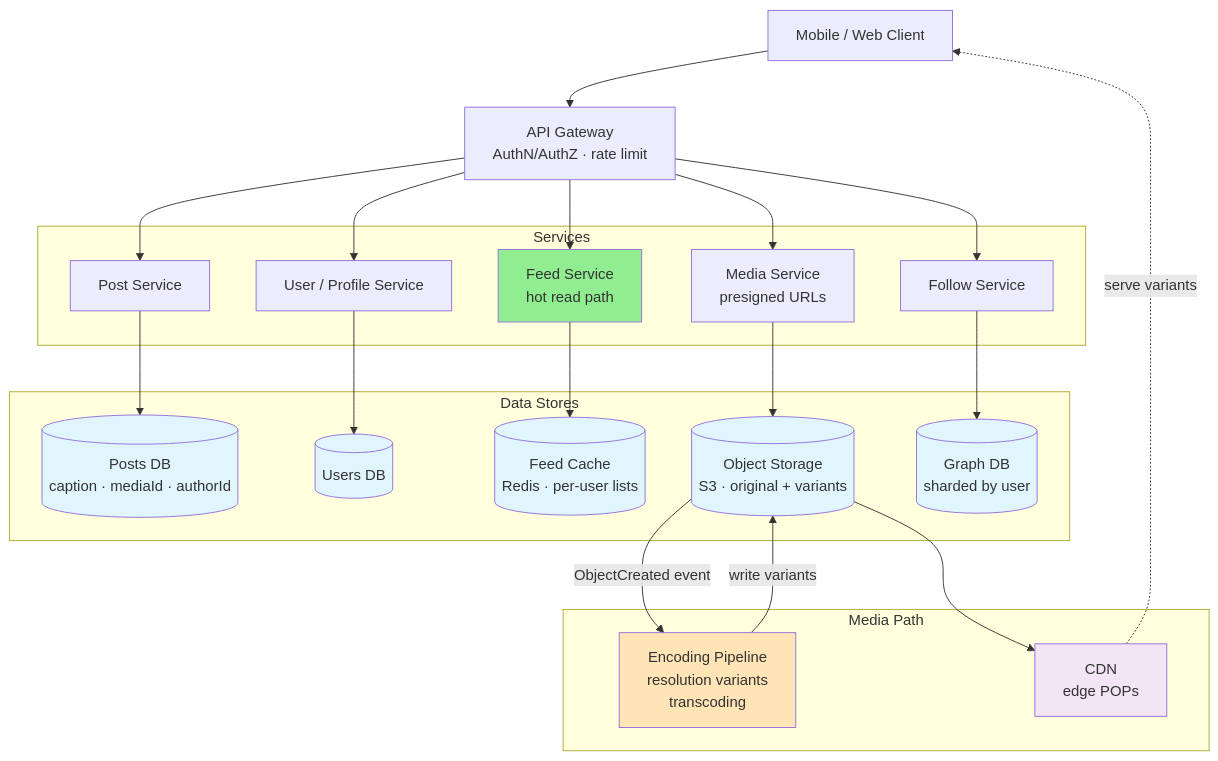
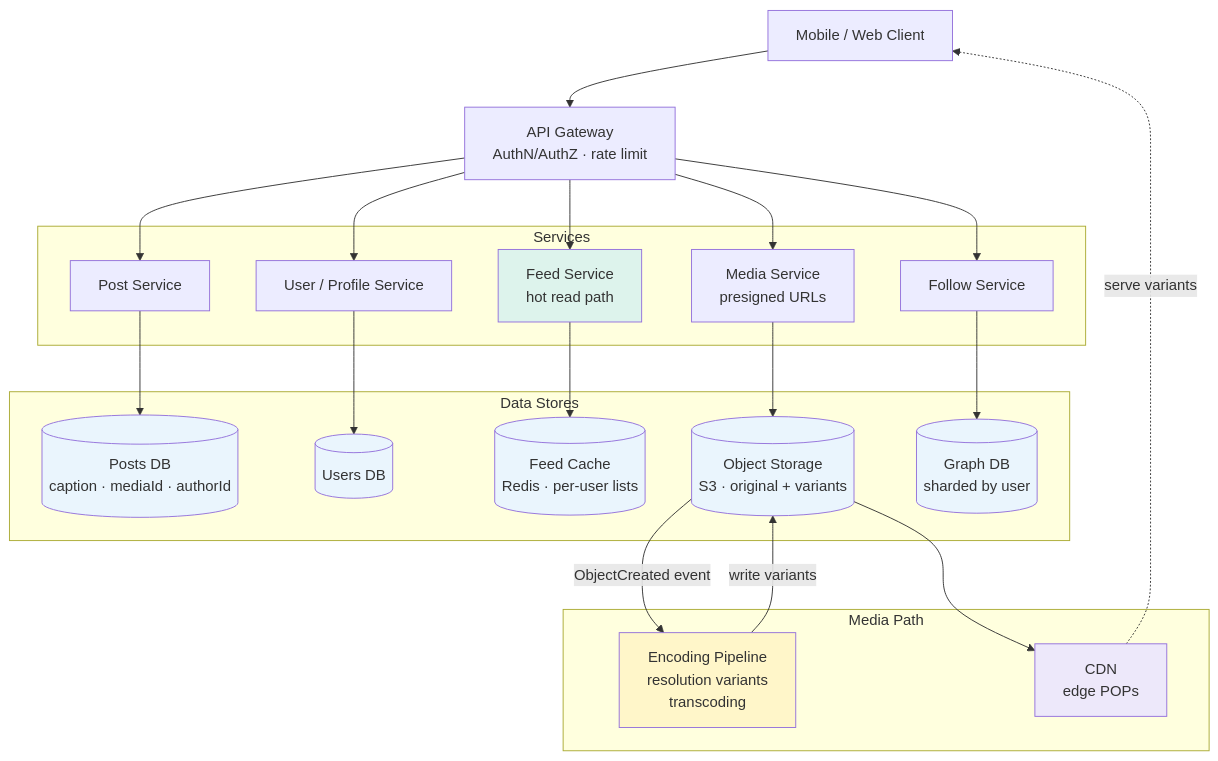
The first of 6 diagrams in LLD/questions/Design Instagram.md (cartmancodes/InterviewVault), drawn with Mermaid before and after one commit. The commit also changed other lines of this file and 679 other files, not shown here.

Commit message:
Unify content diagrams and add accessible visual walkthroughs

````diff
--- a/LLD/questions/Design Instagram.md
+++ b/LLD/questions/Design Instagram.md
@@ -117,53 +117,53 @@
 ```mermaid
 graph TB
     Client[Mobile / Web Client]
     GW[API Gateway<br/>AuthN/AuthZ · rate limit]
 
     subgraph "Services"
         PostSvc[Post Service]
         UserSvc[User / Profile Service]
         FeedSvc[Feed Service<br/>hot read path]
         MediaSvc[Media Service<br/>presigned URLs]
         FollowSvc[Follow Service]
     end
 
     subgraph "Data Stores"
         PostsDB[(Posts DB<br/>caption · mediaId · authorId)]
         UsersDB[(Users DB)]
         FeedCache[(Feed Cache<br/>Redis · per-user lists)]
         S3[(Object Storage<br/>S3 · original + variants)]
         GraphDB[(Graph DB<br/>sharded by user)]
     end
 
     subgraph "Media Path"
         Encode[Encoding Pipeline<br/>resolution variants<br/>transcoding]
         CDN[CDN<br/>edge POPs]
     end
 
     Client --> GW
     GW --> PostSvc
     GW --> UserSvc
     GW --> FeedSvc
     GW --> MediaSvc
     GW --> FollowSvc
 
     PostSvc --> PostsDB
     UserSvc --> UsersDB
     FeedSvc --> FeedCache
     MediaSvc --> S3
     FollowSvc --> GraphDB
 
     S3 -->|ObjectCreated event| Encode
     Encode -->|write variants| S3
     S3 --> CDN
     CDN -.serve variants.-> Client
 
-    style FeedCache fill:#e1f5ff
-    style S3 fill:#e1f5ff
-    style PostsDB fill:#e1f5ff
-    style UsersDB fill:#e1f5ff
-    style GraphDB fill:#e1f5ff
-    style Encode fill:#FFE4B5
-    style CDN fill:#f3e5f5
-    style FeedSvc fill:#90EE90
+    style FeedCache fill:#EAF5FD
+    style S3 fill:#EAF5FD
+    style PostsDB fill:#EAF5FD
+    style UsersDB fill:#EAF5FD
+    style GraphDB fill:#EAF5FD
+    style Encode fill:#FFF6C9
+    style CDN fill:#EDE8FA
+    style FeedSvc fill:#DDF3EC
 ```
````
